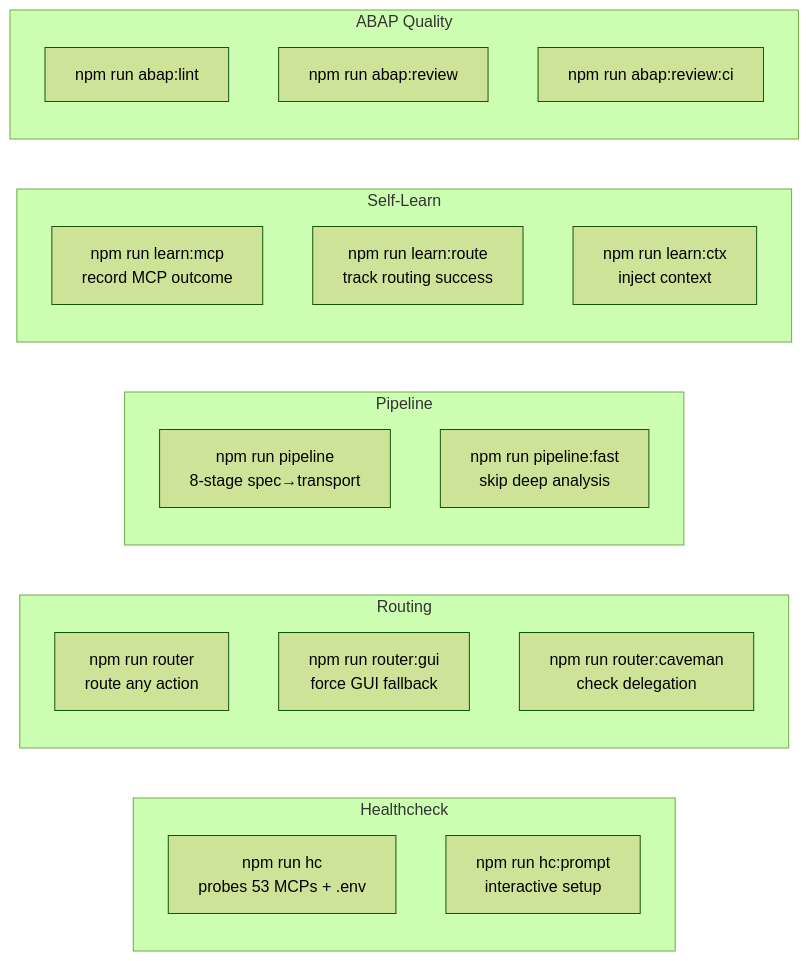
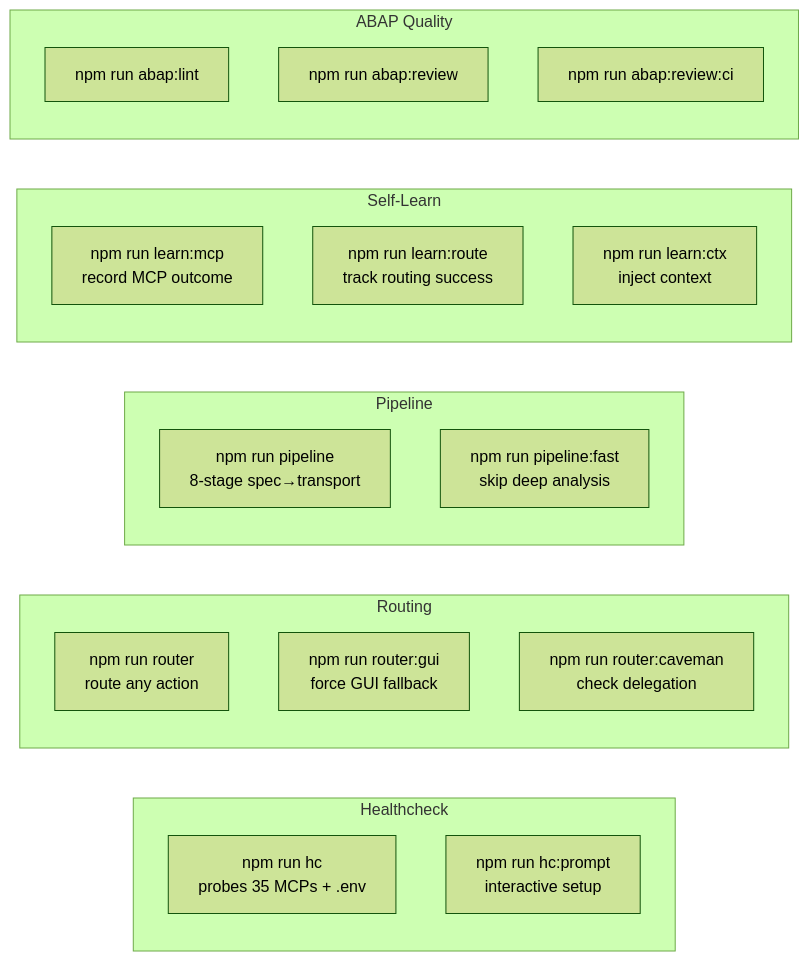
Before and after one commit to williamcorrea23/sap-router-skill: the third of 8 diagrams in README.md, drawn with Mermaid (forest theme). The commit also changed other lines of this file and 6 other files, not shown here.

````diff
--- a/README.md
+++ b/README.md
@@ -147,26 +147,26 @@
 ```mermaid
 flowchart LR
     subgraph Health["Healthcheck"]
-        HC["npm run hc<br/>probes 53 MCPs + .env"]
+        HC["npm run hc<br/>probes 35 MCPs + .env"]
         HCP["npm run hc:prompt<br/>interactive setup"]
     end
     subgraph Routes["Routing"]
         RT["npm run router<br/>route any action"]
         RG["npm run router:gui<br/>force GUI fallback"]
         RC["npm run router:caveman<br/>check delegation"]
     end
     subgraph Pipeline["Pipeline"]
         PL["npm run pipeline<br/>8-stage spec→transport"]
         PF["npm run pipeline:fast<br/>skip deep analysis"]
     end
     subgraph SelfLearn["Self-Learn"]
         LM["npm run learn:mcp<br/>record MCP outcome"]
         LR["npm run learn:route<br/>track routing success"]
         LC["npm run learn:ctx<br/>inject context"]
     end
     subgraph Lint["ABAP Quality"]
         AL["npm run abap:lint"]
         AR["npm run abap:review"]
         AC["npm run abap:review:ci"]
     end
 ```
````
